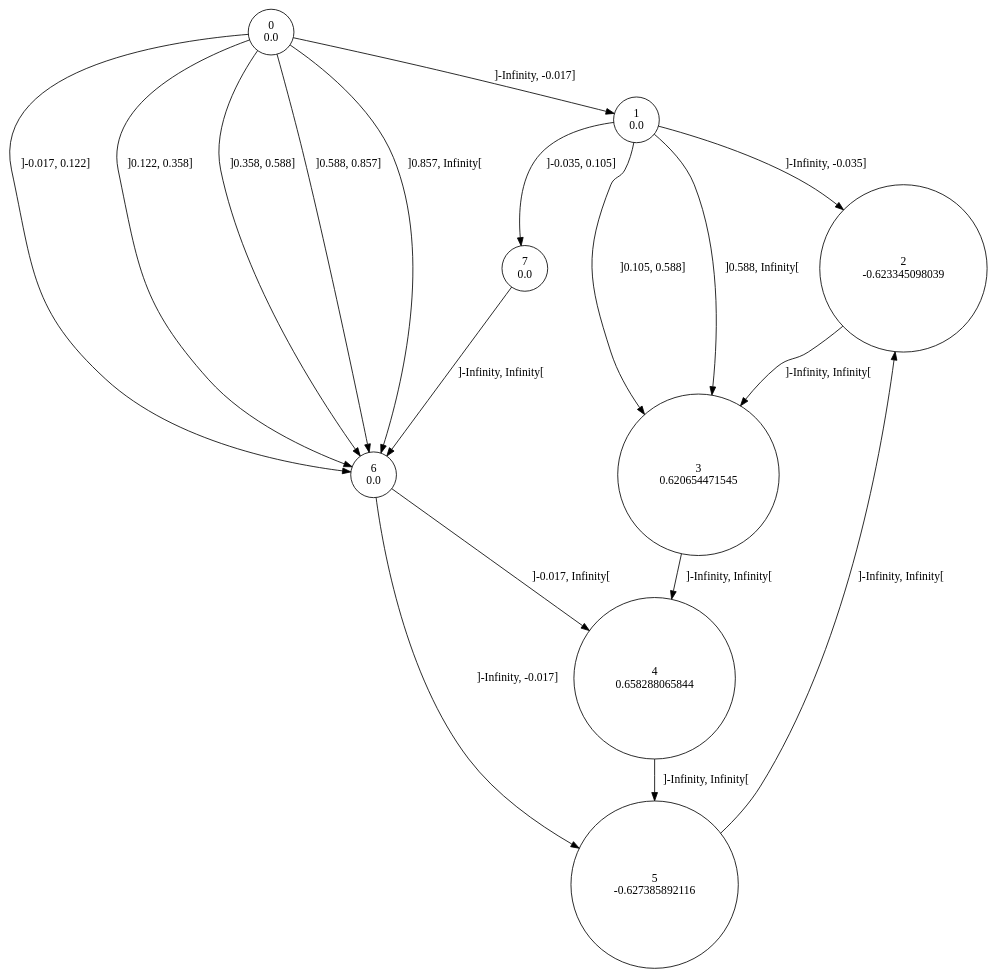
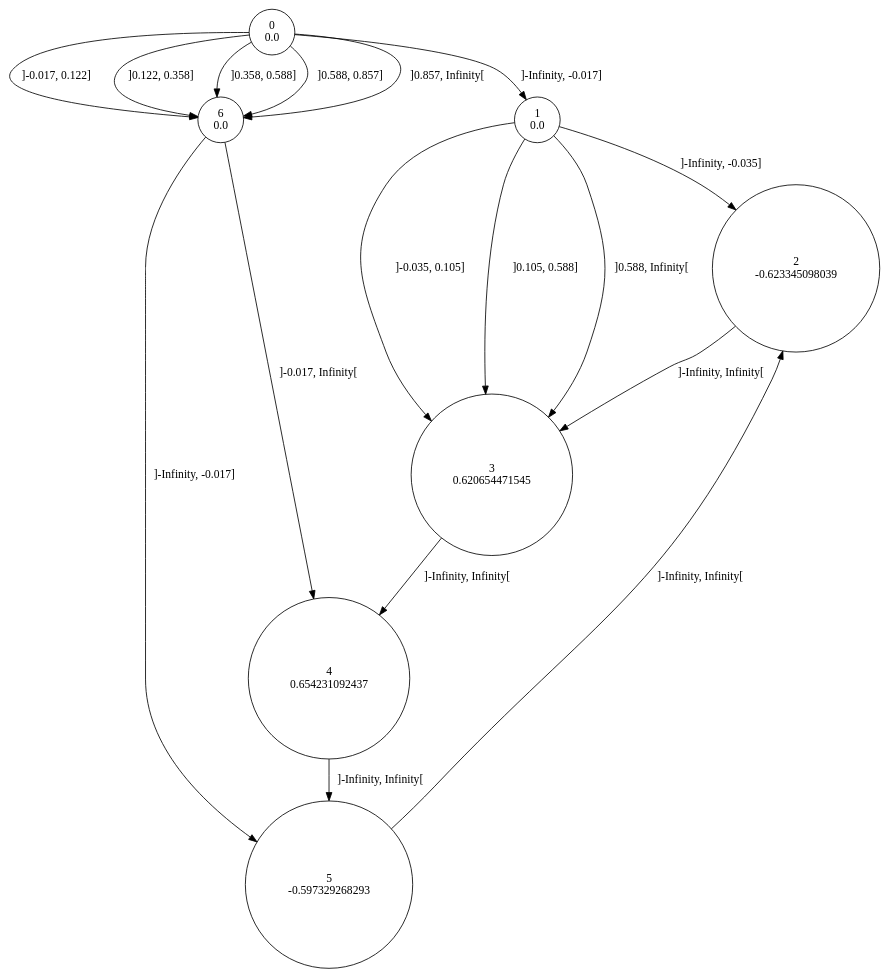
One commit to gllpellegrino/RAI_experiments changed the diagram in sinus/data/5/rtitm.dot. Above: the diagram before and after it, drawn with Graphviz. The commit also changed 14 other files, not shown here.

```diff
--- a/sinus/data/5/rtitm.dot
+++ b/sinus/data/5/rtitm.dot
@@ -1,27 +1,25 @@
 digraph a {
 0 [shape=circle, label="0\n0.0"];
 	0->1 [ label="]-Infinity, -0.017]"];
 	0->6 [ label="]-0.017, 0.122]"];
 	0->6 [ label="]0.122, 0.358]"];
 	0->6 [ label="]0.358, 0.588]"];
 	0->6 [ label="]0.588, 0.857]"];
 	0->6 [ label="]0.857, Infinity["];
 1 [shape=circle, label="1\n0.0"];
 	1->2 [ label="]-Infinity, -0.035]"];
-	1->7 [ label="]-0.035, 0.105]"];
+	1->3 [ label="]-0.035, 0.105]"];
 	1->3 [ label="]0.105, 0.588]"];
 	1->3 [ label="]0.588, Infinity["];
 2 [shape=circle, label="2\n-0.623345098039"];
 	2->3 [ label="]-Infinity, Infinity["];
 3 [shape=circle, label="3\n0.620654471545"];
 	3->4 [ label="]-Infinity, Infinity["];
-4 [shape=circle, label="4\n0.658288065844"];
+4 [shape=circle, label="4\n0.654231092437"];
 	4->5 [ label="]-Infinity, Infinity["];
-5 [shape=circle, label="5\n-0.627385892116"];
+5 [shape=circle, label="5\n-0.597329268293"];
 	5->2 [ label="]-Infinity, Infinity["];
 6 [shape=circle, label="6\n0.0"];
 	6->5 [ label="]-Infinity, -0.017]"];
 	6->4 [ label="]-0.017, Infinity["];
-7 [shape=circle, label="7\n0.0"];
-	7->6 [ label="]-Infinity, Infinity["];
 }
```
